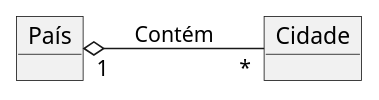
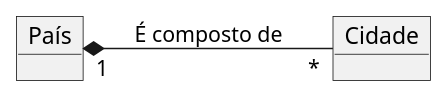
One commit to kyriosdata/oo changed the diagram in Imagens/modelos-01/imagem-05/mod01ima05.plantuml. Above: the diagram before and after it, drawn with PlantUML. The commit also changed 8 other files, not shown here.

```diff
--- a/Imagens/modelos-01/imagem-05/mod01ima05.plantuml
+++ b/Imagens/modelos-01/imagem-05/mod01ima05.plantuml
@@ -1,6 +1,6 @@
-@startuml
+@startuml mod01ima05
 object "País" as pa
 object "Cidade" as ci
 left to right direction
-pa"1" o-- "*"ci: "Contém"
+pa"1" *-- "*"ci: "É composto de"
 @enduml
```
